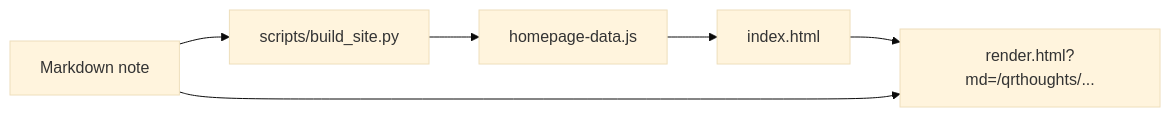
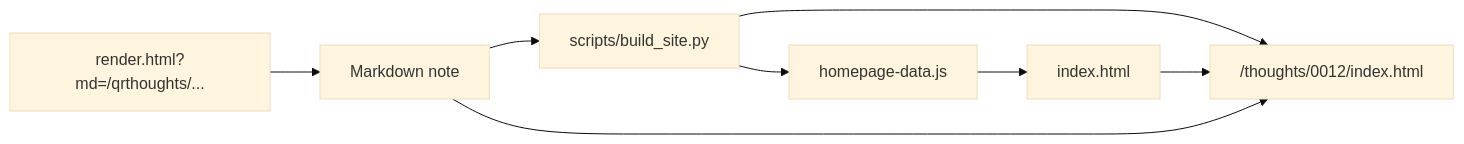
Before and after one commit to ShepherdQR/ShepherdQR.github.io: the diagram in architecture/markdown-publishing-workflow.md, drawn with Mermaid (base theme). The commit also changed other lines of this file and 144 other files, not shown here.

````diff
--- a/architecture/markdown-publishing-workflow.md
+++ b/architecture/markdown-publishing-workflow.md
@@ -27,8 +28,10 @@
 ```mermaid
 flowchart LR
     A["Markdown note"] --> B["scripts/build_site.py"]
     B --> C["homepage-data.js"]
     C --> D["index.html"]
-    D --> E["render.html?md=/qrthoughts/..."]
+    B --> E["/thoughts/0012/index.html"]
+    D --> E
+    F["render.html?md=/qrthoughts/..."] --> A
     A --> E
 ```
````
